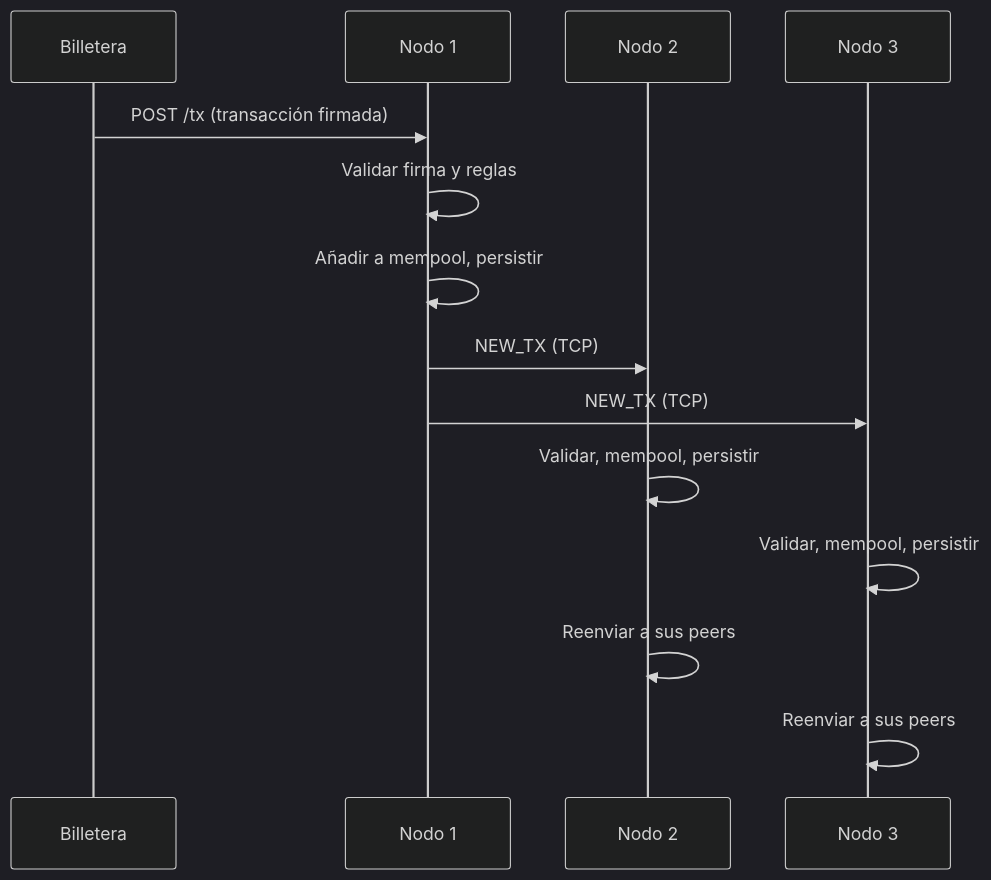
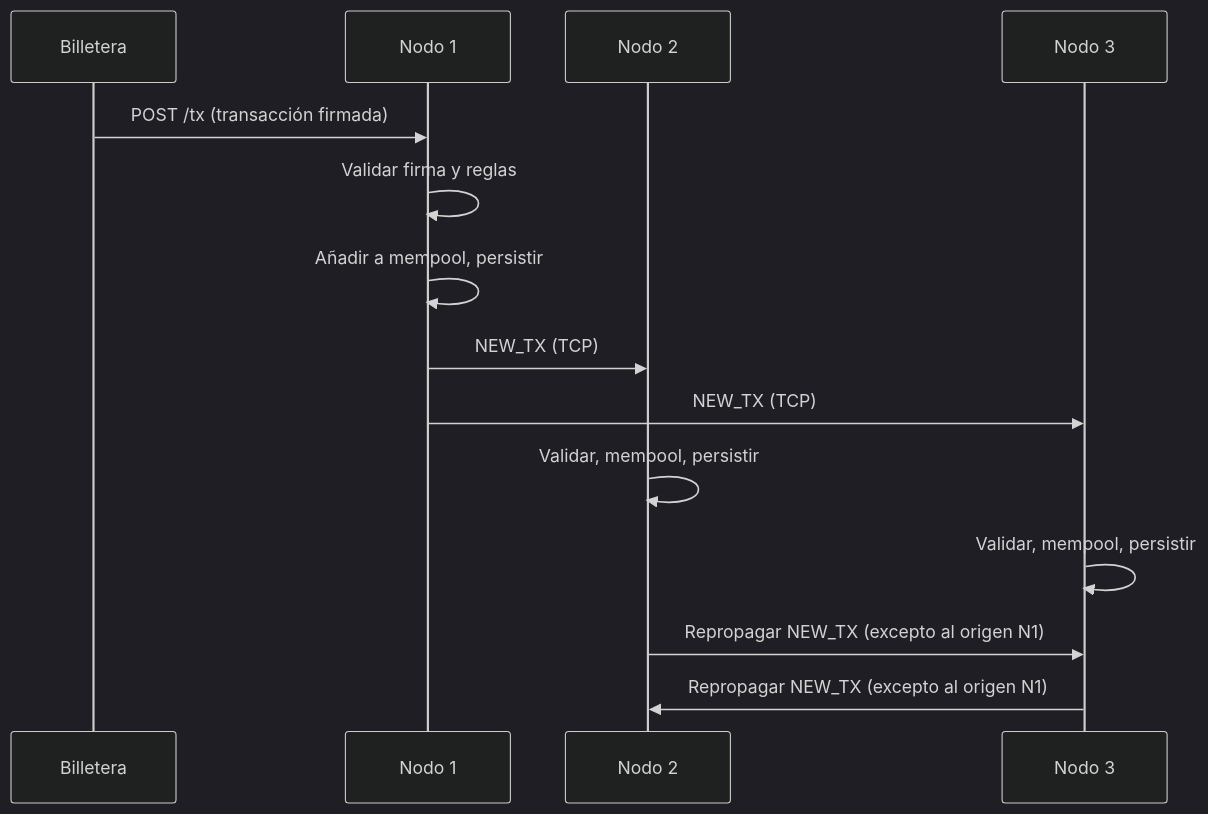
Before and after one commit to Ignacio687/final_computacion_II: the diagram in diagramas/secuencia/secuencia-transaccion.mmd, drawn with Mermaid (dark theme). The commit also changed 61 other files, not shown here.

```diff
--- a/diagramas/secuencia/secuencia-transaccion.mmd
+++ b/diagramas/secuencia/secuencia-transaccion.mmd
@@ -1,14 +1,14 @@
 sequenceDiagram
   participant B as Billetera
   participant N1 as Nodo 1
   participant N2 as Nodo 2
   participant N3 as Nodo 3
   B->>N1: POST /tx (transacción firmada)
   N1->>N1: Validar firma y reglas
   N1->>N1: Añadir a mempool, persistir
   N1->>N2: NEW_TX (TCP)
   N1->>N3: NEW_TX (TCP)
   N2->>N2: Validar, mempool, persistir
   N3->>N3: Validar, mempool, persistir
-  N2->>N2: Reenviar a sus peers
-  N3->>N3: Reenviar a sus peers
+  N2->>N3: Repropagar NEW_TX (excepto al origen N1)
+  N3->>N2: Repropagar NEW_TX (excepto al origen N1)
```
